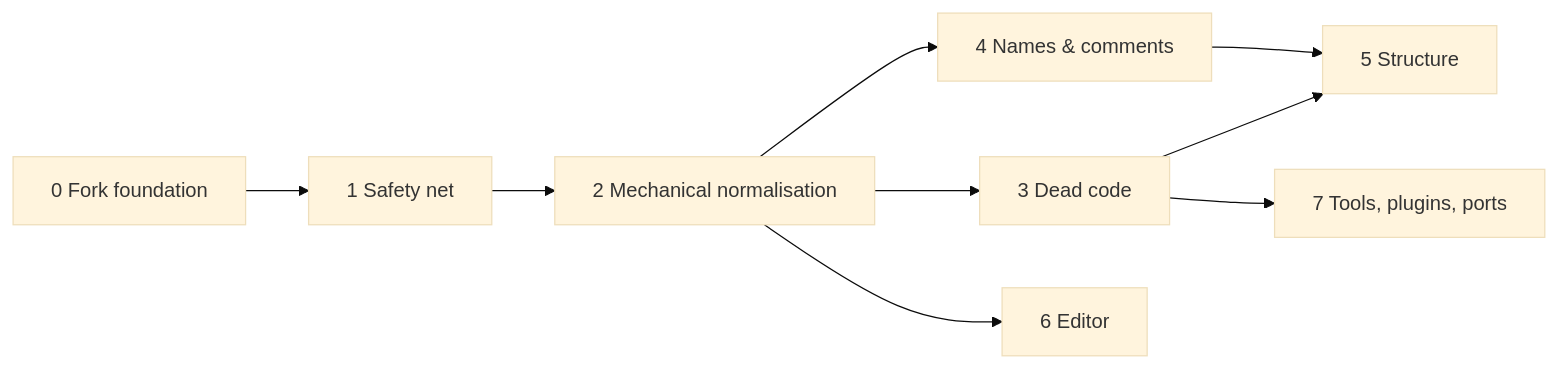
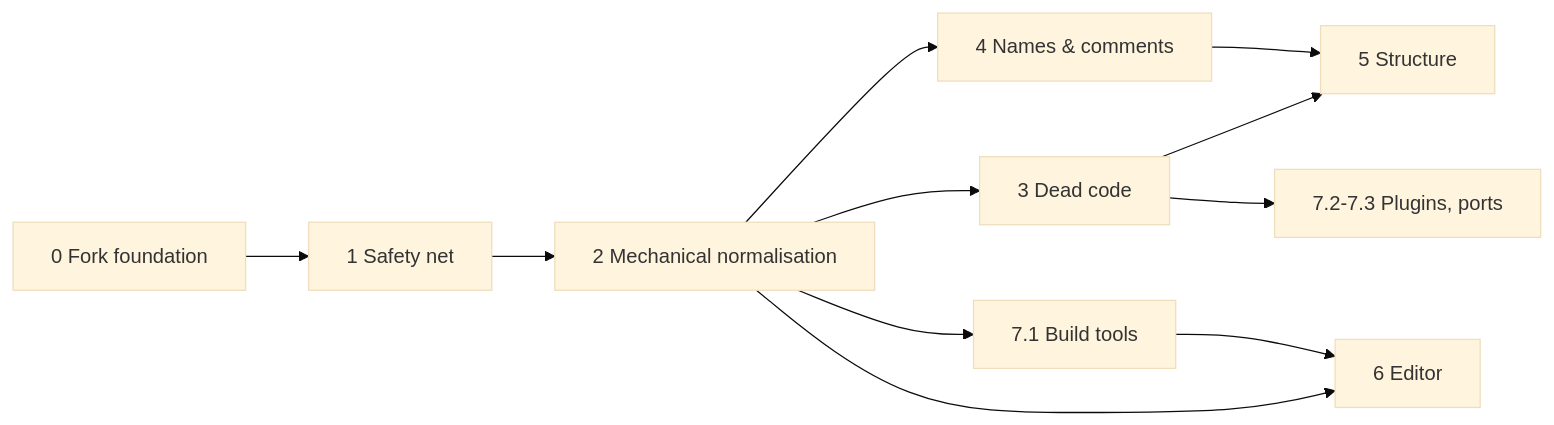
Before and after one commit to AlanDrake/ags-draconian: the diagram in docs/refactor/PLAN.md, drawn with Mermaid (base theme). The commit also changed other lines of this file, not shown here.

First line of the commit message:
Plan: build through the C++ tools (D7 revised), schedule the catch-up

````diff
--- a/docs/refactor/PLAN.md
+++ b/docs/refactor/PLAN.md
@@ -18,11 +18,13 @@
 ```mermaid
 graph LR
   P0[0 Fork foundation] --> P1[1 Safety net]
   P1 --> P2[2 Mechanical normalisation]
   P2 --> P3[3 Dead code]
   P2 --> P4[4 Names & comments]
   P3 --> P5[5 Structure]
   P4 --> P5
   P2 --> P6[6 Editor]
-  P3 --> P7[7 Tools, plugins, ports]
+  P2 --> B[7.1 Build tools]
+  B --> P6
+  P3 --> P7[7.2-7.3 Plugins, ports]
 ```
````
